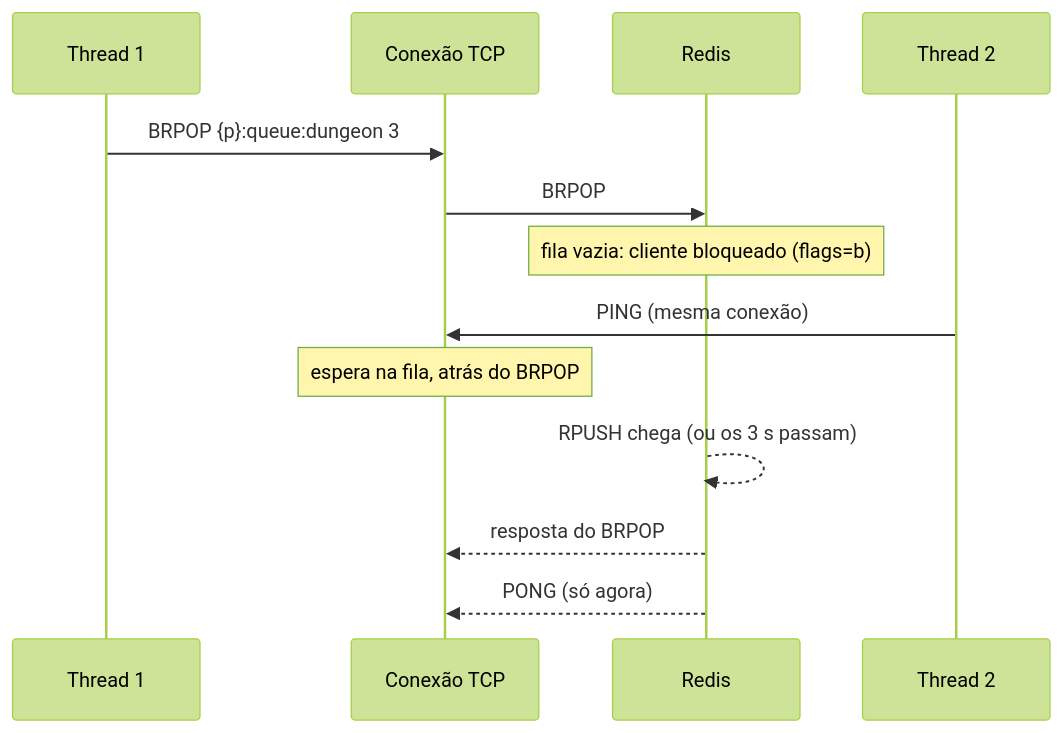
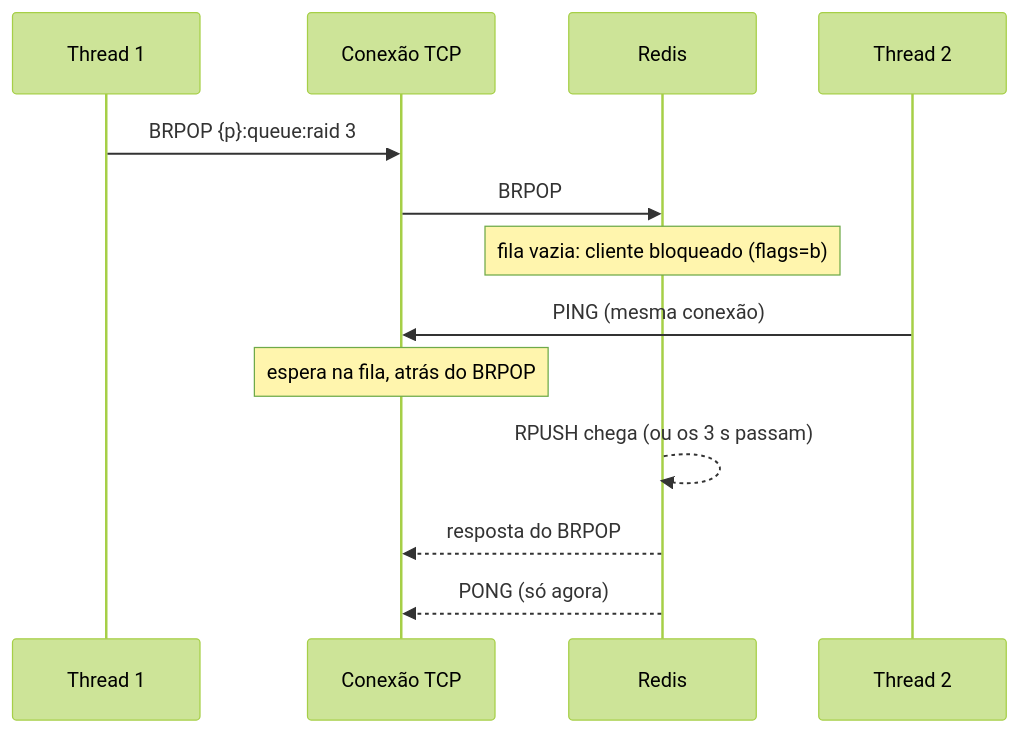
One commit to gacerioni/redis-java-quest changed the diagram in course/docs/102-eventos/04-conexoes-bloqueantes.md. Above: the diagram before and after it, drawn with Mermaid (forest theme). The commit also changed other lines of this file and 3 other files, not shown here.

Commit message:
Lesson 102-04 waits on the raid queue so it no longer drains the dungeon queue checked by 101-03

````diff
--- a/course/docs/102-eventos/04-conexoes-bloqueantes.md
+++ b/course/docs/102-eventos/04-conexoes-bloqueantes.md
@@ -102,15 +102,15 @@
 ```mermaid
 sequenceDiagram
     participant T1 as Thread 1
     participant C as Conexão TCP
     participant R as Redis
     participant T2 as Thread 2
-    T1->>C: BRPOP {p}:queue:dungeon 3
+    T1->>C: BRPOP {p}:queue:raid 3
     C->>R: BRPOP
     Note over R: fila vazia: cliente bloqueado (flags=b)
     T2->>C: PING (mesma conexão)
     Note over C: espera na fila, atrás do BRPOP
     R-->>R: RPUSH chega (ou os 3 s passam)
     R-->>C: resposta do BRPOP
     R-->>C: PONG (só agora)
 ```
````
